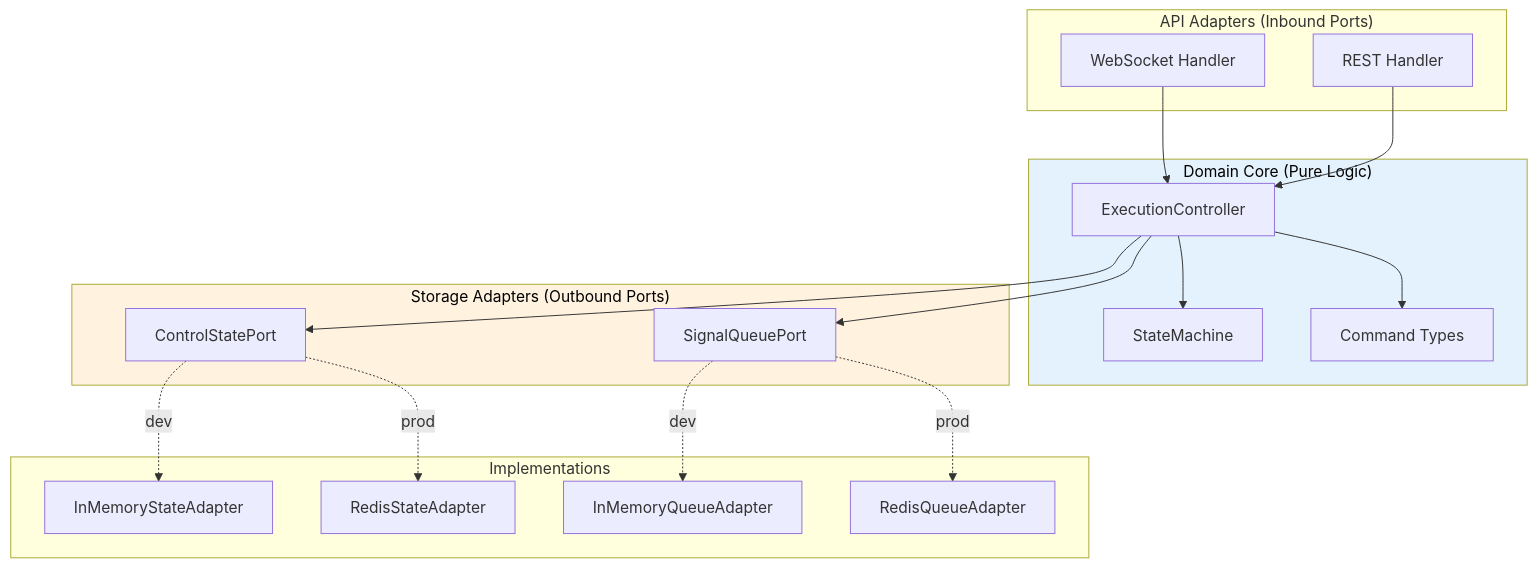
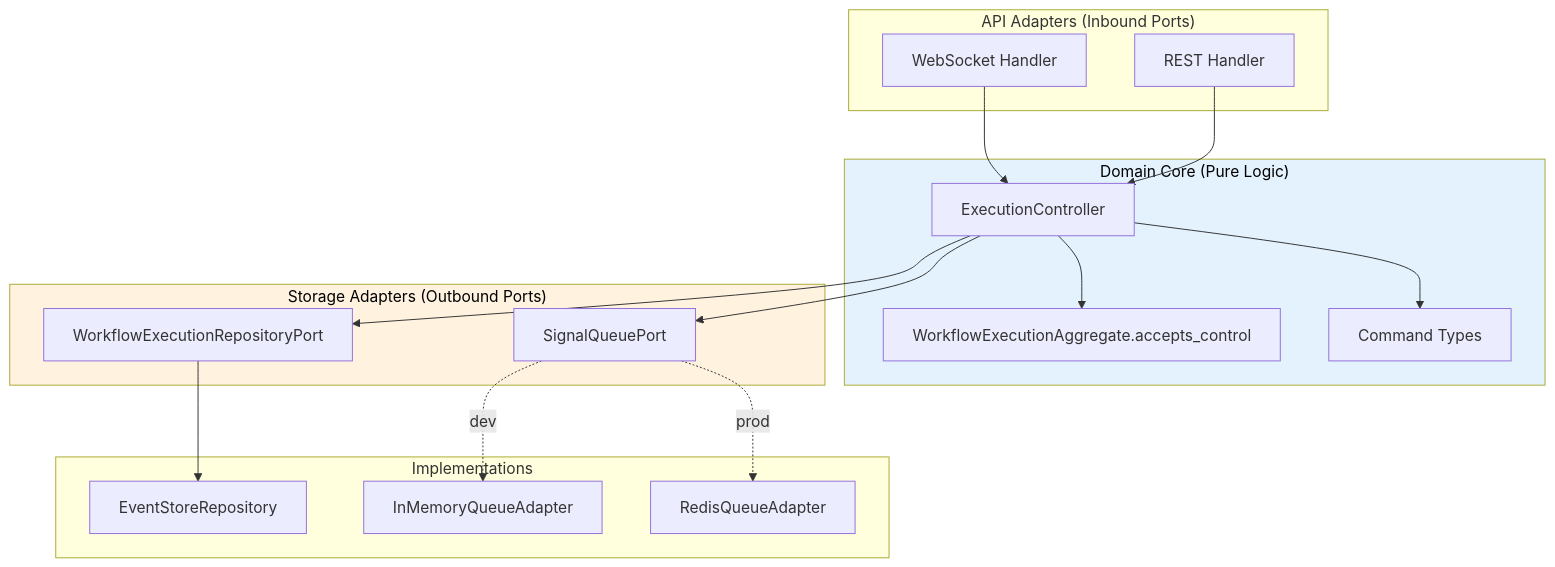
Before and after one commit to syntropic137/syntropic137: the fifth of 6 diagrams in docs/architecture/realtime-communication.md, drawn with Mermaid. The commit also changed other lines of this file and 13 other files, not shown here.

First line of the commit message:
fix(control): admit control requests on the aggregate's word, fail closed (ADR-014 s7)

````diff
--- a/docs/architecture/realtime-communication.md
+++ b/docs/architecture/realtime-communication.md
@@ -304,42 +303,40 @@
 ```mermaid
 flowchart TB
     subgraph api["API Adapters (Inbound Ports)"]
         ws[WebSocket Handler]
         rest[REST Handler]
     end
     
     subgraph core["Domain Core (Pure Logic)"]
         controller[ExecutionController]
-        state_machine[StateMachine]
+        aggregate[WorkflowExecutionAggregate.accepts_control]
         commands[Command Types]
     end
     
     subgraph adapters["Storage Adapters (Outbound Ports)"]
-        state_store[ControlStatePort]
+        executions[WorkflowExecutionRepositoryPort]
         signal_queue[SignalQueuePort]
     end
     
     subgraph impl["Implementations"]
-        mem_state[InMemoryStateAdapter]
-        redis_state[RedisStateAdapter]
+        event_store[EventStoreRepository]
         mem_queue[InMemoryQueueAdapter]
         redis_queue[RedisQueueAdapter]
     end
     
     ws --> controller
     rest --> controller
     
-    controller --> state_machine
+    controller --> aggregate
     controller --> commands
     
-    controller --> state_store
+    controller --> executions
     controller --> signal_queue
     
-    state_store -.->|dev| mem_state
-    state_store -.->|prod| redis_state
+    executions --> event_store
     signal_queue -.->|dev| mem_queue
     signal_queue -.->|prod| redis_queue
     
     style core fill:#e3f2fd,color:#000
     style adapters fill:#fff3e0,color:#000
 ```
````
